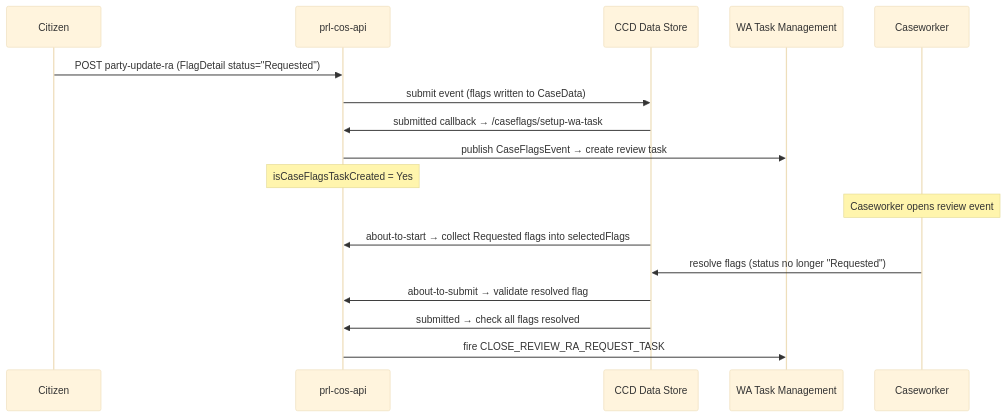
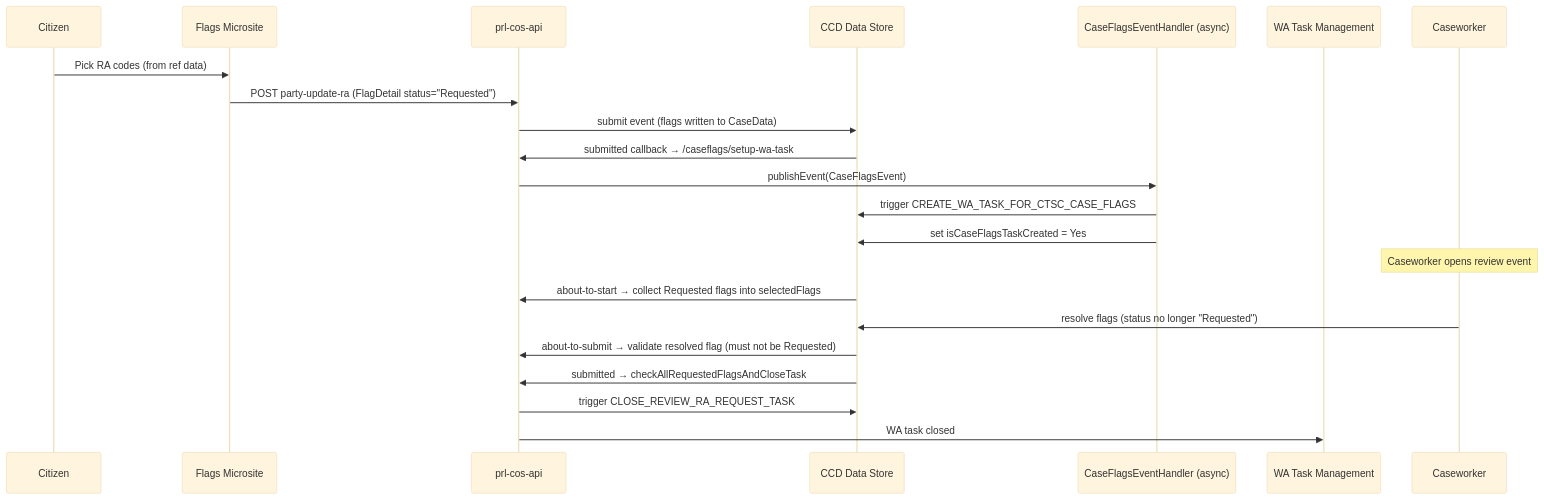
The diagram in docs/ccd/how-to/implement-reasonable-adjustments.md (hmcts/cft-workspace), drawn with Mermaid (base theme) before and after one commit. The commit also changed other lines of this file and 58 other files, not shown here.

````diff
--- a/docs/ccd/how-to/implement-reasonable-adjustments.md
+++ b/docs/ccd/how-to/implement-reasonable-adjustments.md
@@ -106,20 +286,25 @@
 ```mermaid
 sequenceDiagram
     participant Citizen
+    participant Microsite as Flags Microsite
     participant PRL as prl-cos-api
     participant CCD as CCD Data Store
+    participant Handler as CaseFlagsEventHandler (async)
     participant WA as WA Task Management
 
-    Citizen->>PRL: POST party-update-ra (FlagDetail status="Requested")
+    Citizen->>Microsite: Pick RA codes (from ref data)
+    Microsite->>PRL: POST party-update-ra (FlagDetail status="Requested")
     PRL->>CCD: submit event (flags written to CaseData)
     CCD->>PRL: submitted callback → /caseflags/setup-wa-task
-    PRL->>WA: publish CaseFlagsEvent → create review task
-    Note over PRL: isCaseFlagsTaskCreated = Yes
+    PRL->>Handler: publishEvent(CaseFlagsEvent)
+    Handler->>CCD: trigger CREATE_WA_TASK_FOR_CTSC_CASE_FLAGS
+    Handler->>CCD: set isCaseFlagsTaskCreated = Yes
 
     Note over Caseworker: Caseworker opens review event
     CCD->>PRL: about-to-start → collect Requested flags into selectedFlags
     Caseworker->>CCD: resolve flags (status no longer "Requested")
-    CCD->>PRL: about-to-submit → validate resolved flag
-    CCD->>PRL: submitted → check all flags resolved
-    PRL->>WA: fire CLOSE_REVIEW_RA_REQUEST_TASK
+    CCD->>PRL: about-to-submit → validate resolved flag (must not be Requested)
+    CCD->>PRL: submitted → checkAllRequestedFlagsAndCloseTask
+    PRL->>CCD: trigger CLOSE_REVIEW_RA_REQUEST_TASK
+    PRL->>WA: WA task closed
 ```
````
